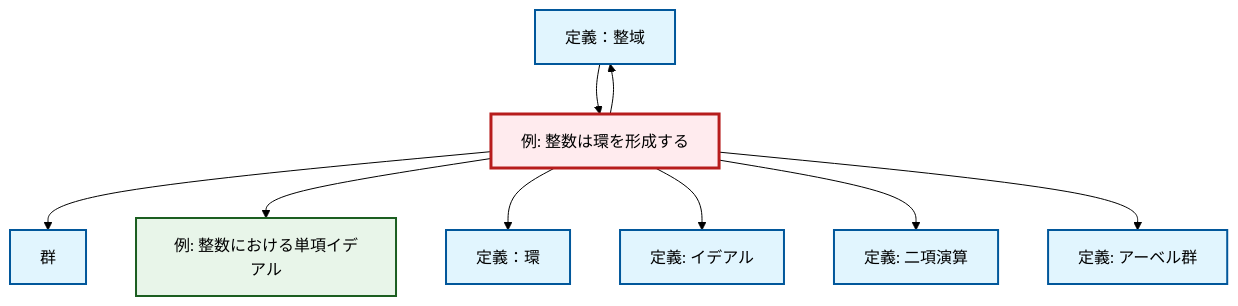
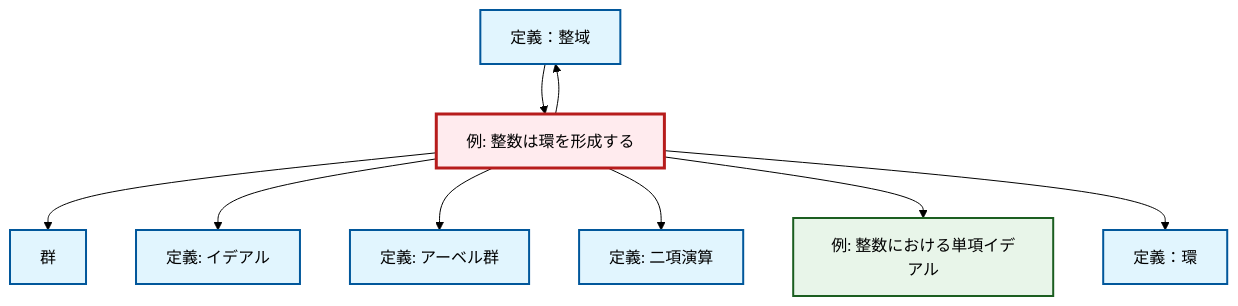
The diagram in content/ja/algebra/ex-integers-ring.qmd (RK0429/ModernMath), drawn with Mermaid (forest theme) before and after one commit. The commit also changed other lines of this file and 328 other files, not shown here.

````diff
--- a/content/ja/algebra/ex-integers-ring.qmd
+++ b/content/ja/algebra/ex-integers-ring.qmd
@@ -61,33 +62,33 @@
 ```{mermaid}
 %%| fig-cap: "ローカル依存関係グラフ"
 graph TD
     classDef definition fill:#e1f5fe,stroke:#01579b,stroke-width:2px
     classDef theorem fill:#f3e5f5,stroke:#4a148c,stroke-width:2px
     classDef axiom fill:#fff3e0,stroke:#e65100,stroke-width:2px
     classDef example fill:#e8f5e9,stroke:#1b5e20,stroke-width:2px
     classDef current fill:#ffebee,stroke:#b71c1c,stroke-width:3px
-    def-binary-operation["定義: 二項演算"]:::definition
     def-integral-domain["定義：整域"]:::definition
     def-ideal["定義: イデアル"]:::definition
+    ex-integers-ring["例: 整数は環を形成する"]:::example
     def-ring["定義：環"]:::definition
+    def-abelian-group["定義: アーベル群"]:::definition
     def-group["群"]:::definition
+    def-binary-operation["定義: 二項演算"]:::definition
     ex-principal-ideal["例: 整数における単項イデアル"]:::example
-    ex-integers-ring["例: 整数は環を形成する"]:::example
-    def-abelian-group["定義: アーベル群"]:::definition
     ex-integers-ring --> def-group
+    ex-integers-ring --> def-integral-domain
+    ex-integers-ring --> def-ideal
+    def-integral-domain --> ex-integers-ring
+    ex-integers-ring --> def-abelian-group
+    ex-integers-ring --> def-binary-operation
     ex-integers-ring --> ex-principal-ideal
     ex-integers-ring --> def-ring
-    def-integral-domain --> ex-integers-ring
-    ex-integers-ring --> def-integral-domain
-    ex-integers-ring --> def-ideal
-    ex-integers-ring --> def-binary-operation
-    ex-integers-ring --> def-abelian-group
     class ex-integers-ring current
-    click def-binary-operation "def-binary-operation.html" "二項演算の定義へ"
     click def-integral-domain "def-integral-domain.html" "定義：整域へ"
     click def-ideal "def-ideal.html" "イデアルの定義へ"
     click def-ring "def-ring.html" "定義：環へ"
+    click def-abelian-group "def-abelian-group.html" "アーベル群の定義へ"
     click def-group "def-group.html" "群へ"
+    click def-binary-operation "def-binary-operation.html" "二項演算の定義へ"
     click ex-principal-ideal "ex-principal-ideal.html" "整数における単項イデアルの例へ"
-    click def-abelian-group "def-abelian-group.html" "アーベル群の定義へ"
 ```
````
